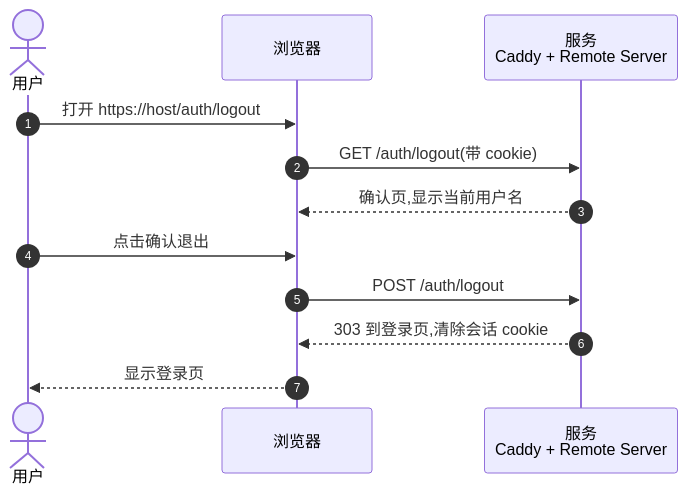
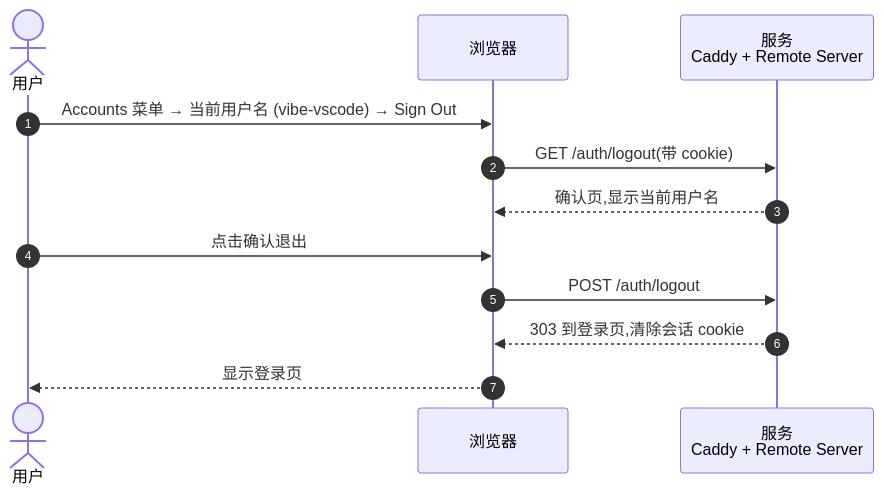
Before and after one commit to ActivePeter/vibe-vscode: the fifth of 12 diagrams in vibe_vscode_doc/design/login_authentication.md, drawn with Mermaid. The commit also changed other lines of this file and 18 other files, not shown here.

````diff
--- a/vibe_vscode_doc/design/login_authentication.md
+++ b/vibe_vscode_doc/design/login_authentication.md
@@ -141,15 +145,15 @@
 ```mermaid
 sequenceDiagram
     autonumber
     actor User as 用户
     participant Browser as 浏览器
     participant Service as 服务<br/>Caddy + Remote Server
 
-    User->>Browser: 打开 https://host/auth/logout
+    User->>Browser: Accounts 菜单 → 当前用户名 (vibe-vscode) → Sign Out
     Browser->>Service: GET /auth/logout(带 cookie)
     Service-->>Browser: 确认页,显示当前用户名
     User->>Browser: 点击确认退出
     Browser->>Service: POST /auth/logout
     Service-->>Browser: 303 到登录页,清除会话 cookie
     Browser-->>User: 显示登录页
 ```
````
